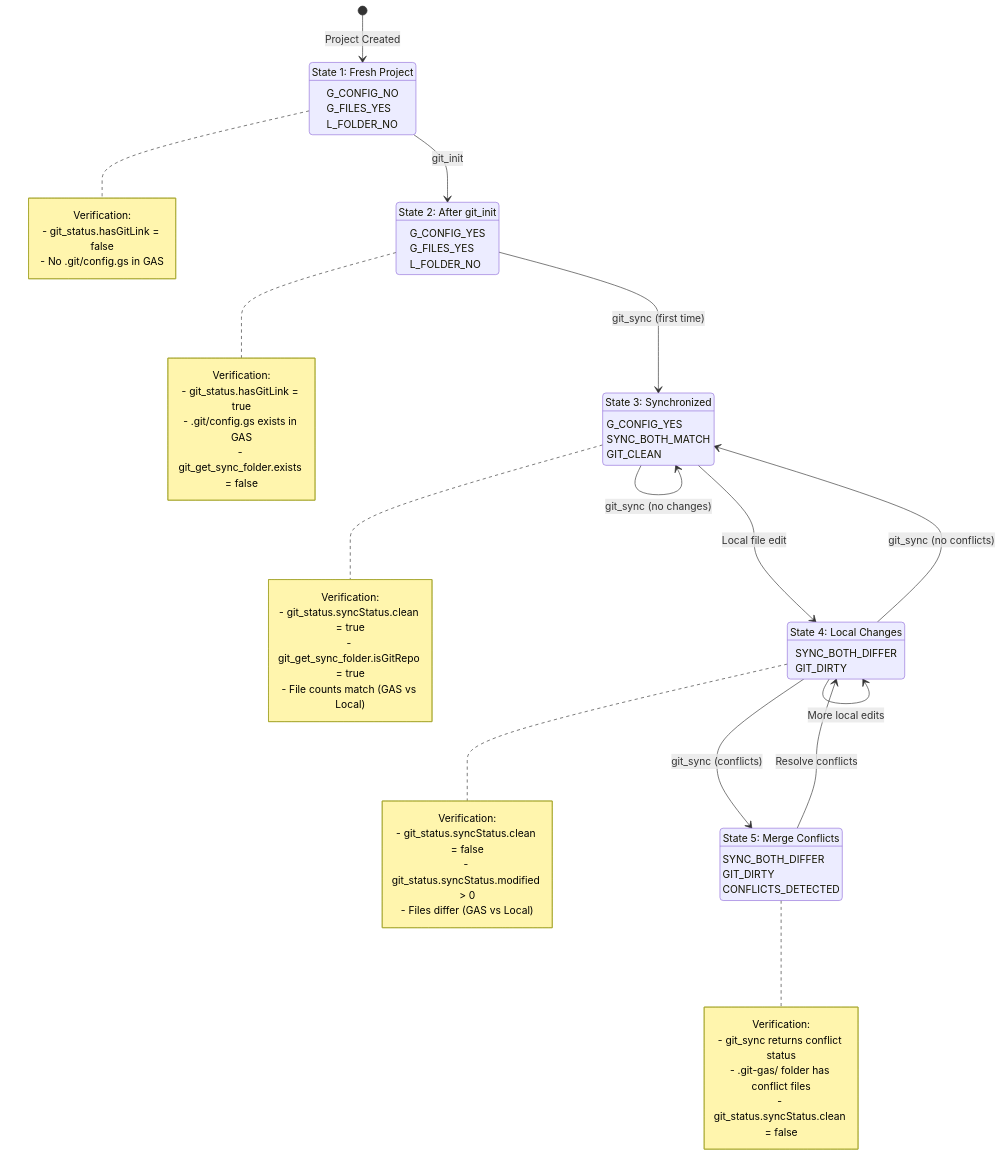
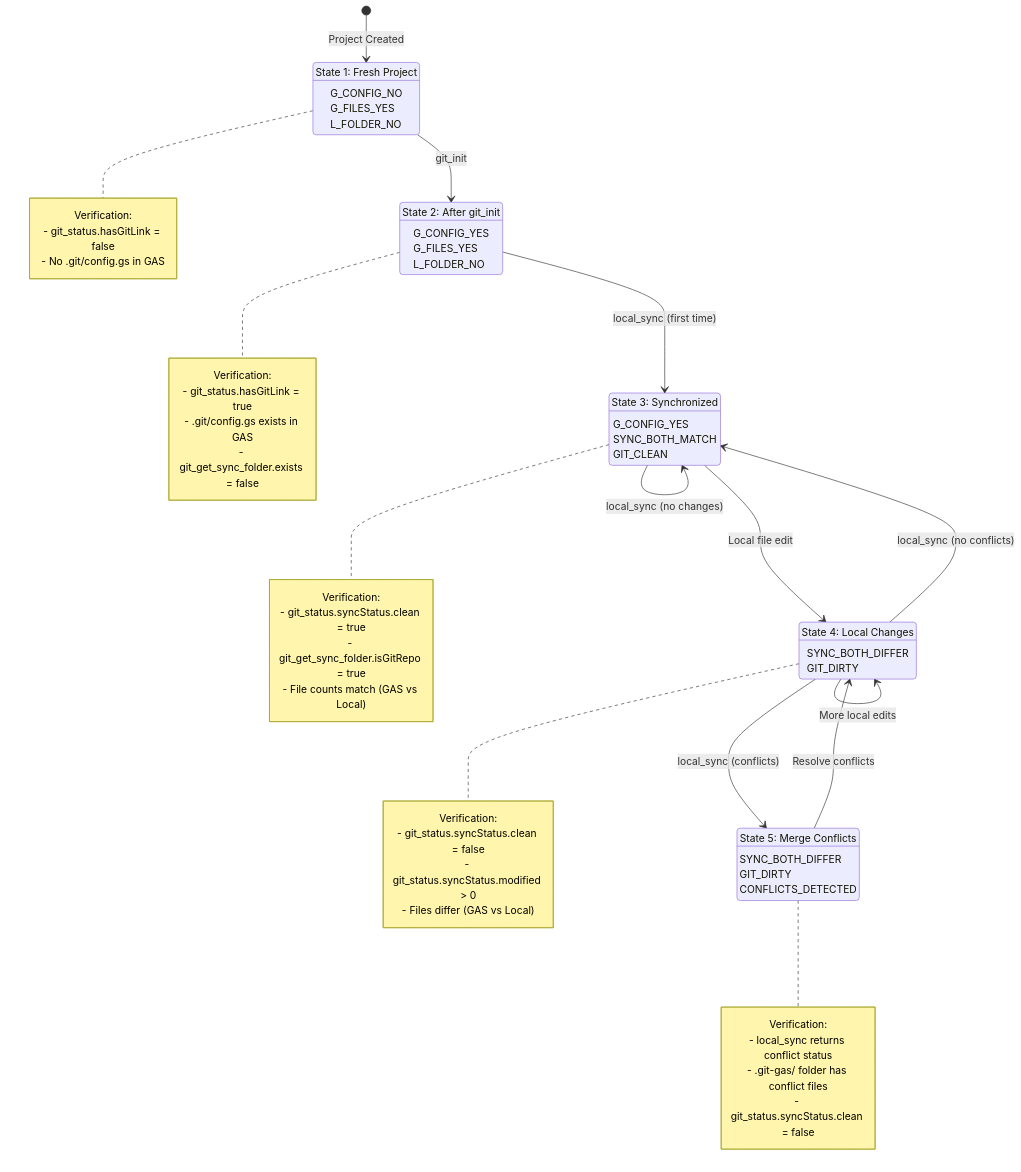
The first of 3 diagrams in test/integration/mcp-gas-validation/GIT-STATE-TRANSITIONS.md (whichguy/gas_mcp), drawn with Mermaid before and after one commit. The commit also changed other lines of this file and 63 other files, not shown here.

````diff
--- a/test/integration/mcp-gas-validation/GIT-STATE-TRANSITIONS.md
+++ b/test/integration/mcp-gas-validation/GIT-STATE-TRANSITIONS.md
@@ -11,71 +11,71 @@
 ```mermaid
 stateDiagram-v2
     [*] --> S1_Fresh: Project Created
 
     S1_Fresh: State 1: Fresh Project
     S1_Fresh: G_CONFIG_NO
     S1_Fresh: G_FILES_YES
     S1_Fresh: L_FOLDER_NO
 
     S2_Initialized: State 2: After git_init
     S2_Initialized: G_CONFIG_YES
     S2_Initialized: G_FILES_YES
     S2_Initialized: L_FOLDER_NO
 
     S3_Synced: State 3: Synchronized
     S3_Synced: G_CONFIG_YES
     S3_Synced: SYNC_BOTH_MATCH
     S3_Synced: GIT_CLEAN
 
     S4_LocalModified: State 4: Local Changes
     S4_LocalModified: SYNC_BOTH_DIFFER
     S4_LocalModified: GIT_DIRTY
 
     S5_Conflicts: State 5: Merge Conflicts
     S5_Conflicts: SYNC_BOTH_DIFFER
     S5_Conflicts: GIT_DIRTY
     S5_Conflicts: CONFLICTS_DETECTED
 
     S1_Fresh --> S2_Initialized: git_init
-    S2_Initialized --> S3_Synced: git_sync (first time)
+    S2_Initialized --> S3_Synced: local_sync (first time)
     S3_Synced --> S4_LocalModified: Local file edit
-    S3_Synced --> S3_Synced: git_sync (no changes)
-    S4_LocalModified --> S3_Synced: git_sync (no conflicts)
-    S4_LocalModified --> S5_Conflicts: git_sync (conflicts)
+    S3_Synced --> S3_Synced: local_sync (no changes)
+    S4_LocalModified --> S3_Synced: local_sync (no conflicts)
+    S4_LocalModified --> S5_Conflicts: local_sync (conflicts)
     S5_Conflicts --> S4_LocalModified: Resolve conflicts
     S4_LocalModified --> S4_LocalModified: More local edits
 
     note right of S1_Fresh
         Verification:
         - git_status.hasGitLink = false
         - No .git/config.gs in GAS
     end note
 
     note right of S2_Initialized
         Verification:
         - git_status.hasGitLink = true
         - .git/config.gs exists in GAS
         - git_get_sync_folder.exists = false
     end note
 
     note right of S3_Synced
         Verification:
         - git_status.syncStatus.clean = true
         - git_get_sync_folder.isGitRepo = true
         - File counts match (GAS vs Local)
     end note
 
     note right of S4_LocalModified
         Verification:
         - git_status.syncStatus.clean = false
         - git_status.syncStatus.modified > 0
         - Files differ (GAS vs Local)
     end note
 
     note right of S5_Conflicts
         Verification:
-        - git_sync returns conflict status
+        - local_sync returns conflict status
         - .git-gas/ folder has conflict files
         - git_status.syncStatus.clean = false
     end note
 ```
````
